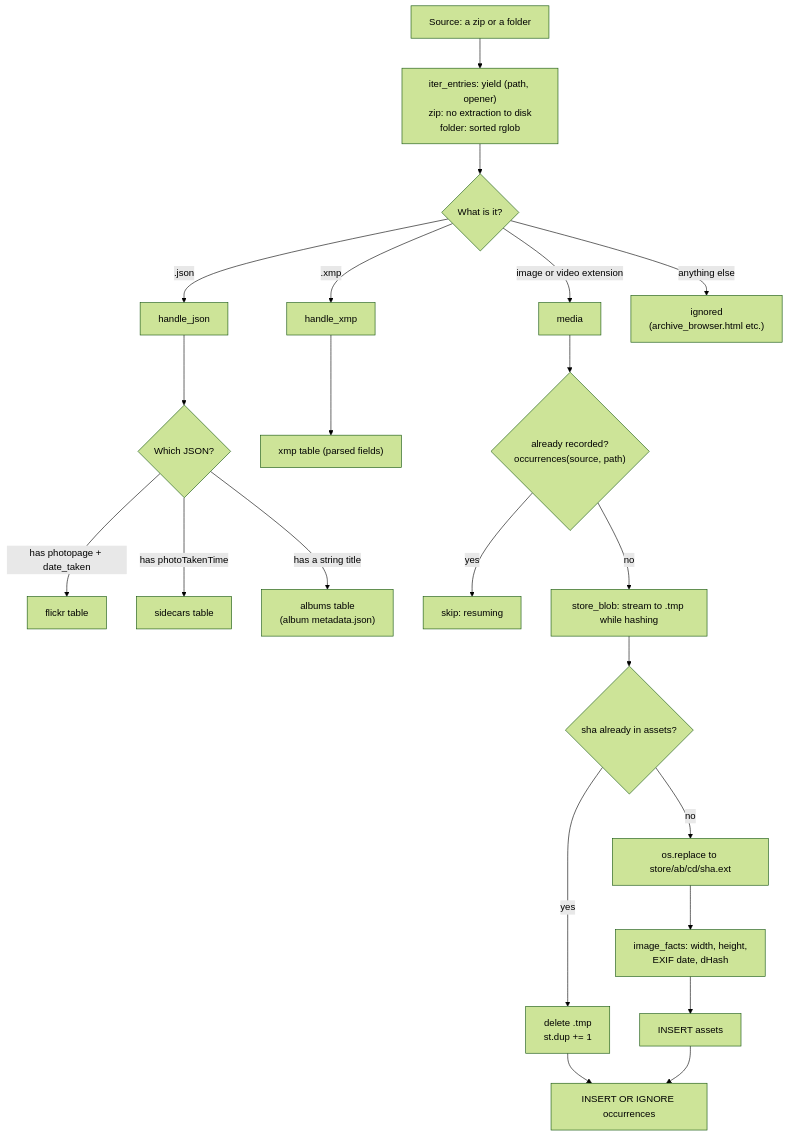
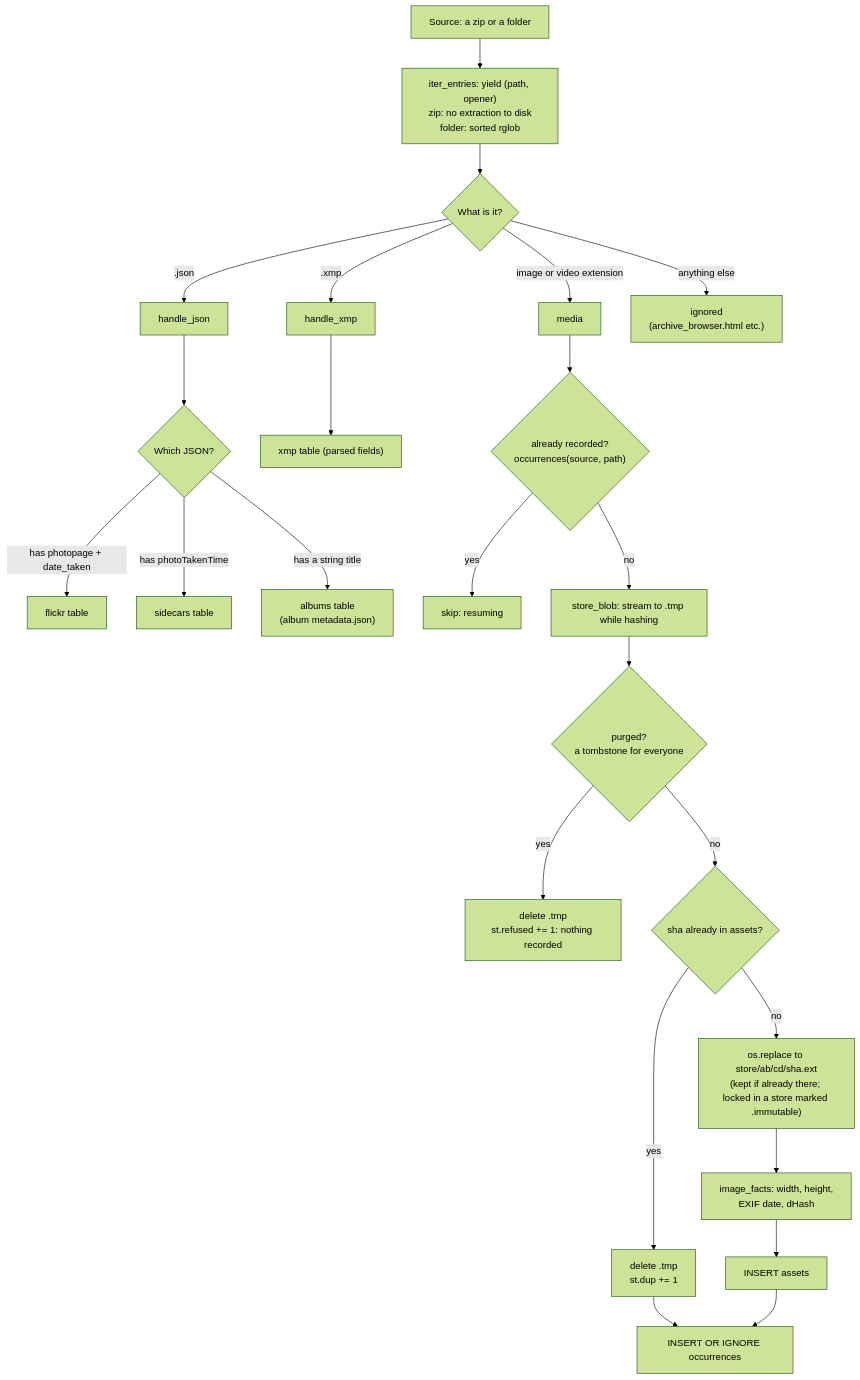
One commit to jflam/photo-estate changed the first of 3 diagrams in docs/book/04-store-and-ingest.md. Above: the diagram before and after it, drawn with Mermaid (forest theme). The commit also changed other lines of this file and 28 other files, not shown here.

````diff
--- a/docs/book/04-store-and-ingest.md
+++ b/docs/book/04-store-and-ingest.md
@@ -49,24 +49,26 @@
 ```mermaid
 flowchart TD
     S["Source: a zip or a folder"] --> IT["iter_entries: yield (path, opener)<br/>zip: no extraction to disk<br/>folder: sorted rglob"]
     IT --> K{"What is it?"}
     K -->|".json"| J["handle_json"]
     K -->|".xmp"| X["handle_xmp"]
     K -->|"image or video extension"| M["media"]
     K -->|"anything else"| SK["ignored<br/>(archive_browser.html etc.)"]
     J --> J1{"Which JSON?"}
     J1 -->|"has photopage + date_taken"| FL["flickr table"]
     J1 -->|"has photoTakenTime"| SC["sidecars table"]
     J1 -->|"has a string title"| AL["albums table<br/>(album metadata.json)"]
     X --> XM["xmp table (parsed fields)"]
     M --> R{"already recorded?<br/>occurrences(source, path)"}
     R -->|yes| SKIP["skip: resuming"]
     R -->|no| H["store_blob: stream to .tmp while hashing"]
-    H --> Q{"sha already in assets?"}
+    H --> P{"purged?<br/>a tombstone for everyone"}
+    P -->|yes| REF["delete .tmp<br/>st.refused += 1: nothing recorded"]
+    P -->|no| Q{"sha already in assets?"}
     Q -->|yes| DUP["delete .tmp<br/>st.dup += 1"]
-    Q -->|no| MV["os.replace to store/ab/cd/sha.ext"]
+    Q -->|no| MV["os.replace to store/ab/cd/sha.ext<br/>(kept if already there; locked in a store marked .immutable)"]
     MV --> F["image_facts: width, height,<br/>EXIF date, dHash"]
     F --> AI["INSERT assets"]
     DUP --> OC["INSERT OR IGNORE occurrences"]
     AI --> OC
 ```
````
